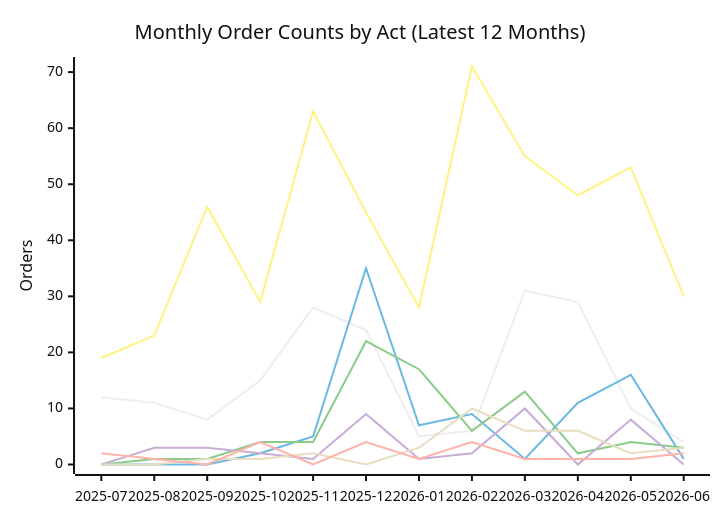
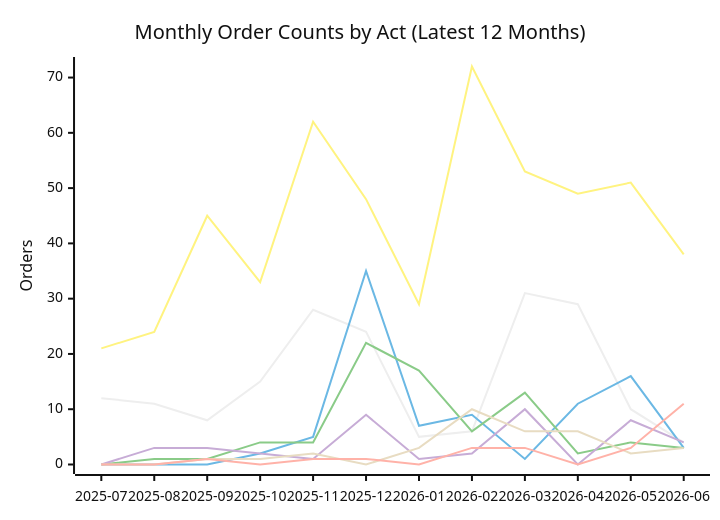
Before and after one commit to PatLittle/oic-data: the second of 2 diagrams in README.md, drawn with Mermaid (neutral theme). The commit also changed other lines of this file and 47 other files, not shown here.

````diff
--- a/README.md
+++ b/README.md
@@ -71,13 +71,13 @@
 ```mermaid
 xychart-beta
     title "Monthly Order Counts by Act (Latest 12 Months)"
     x-axis ["2025-07", "2025-08", "2025-09", "2025-10", "2025-11", "2025-12", "2026-01", "2026-02", "2026-03", "2026-04", "2026-05", "2026-06"]
-    y-axis "Orders" 0 --> 71
+    y-axis "Orders" 0 --> 72
     line [12, 11, 8, 15, 28, 24, 5, 6, 31, 29, 10, 4]
-    line [0, 0, 0, 2, 5, 35, 7, 9, 1, 11, 16, 1]
+    line [0, 0, 0, 2, 5, 35, 7, 9, 1, 11, 16, 3]
     line [0, 1, 1, 4, 4, 22, 17, 6, 13, 2, 4, 3]
-    line [0, 3, 3, 2, 1, 9, 1, 2, 10, 0, 8, 0]
+    line [0, 3, 3, 2, 1, 9, 1, 2, 10, 0, 8, 4]
     line [0, 0, 1, 1, 2, 0, 3, 10, 6, 6, 2, 3]
-    line [2, 1, 0, 4, 0, 4, 1, 4, 1, 1, 1, 2]
-    line [19, 23, 46, 29, 63, 45, 28, 71, 55, 48, 53, 30]
+    line [0, 0, 1, 0, 1, 1, 0, 3, 3, 0, 3, 11]
+    line [21, 24, 45, 33, 62, 48, 29, 72, 53, 49, 51, 38]
 ```
````
